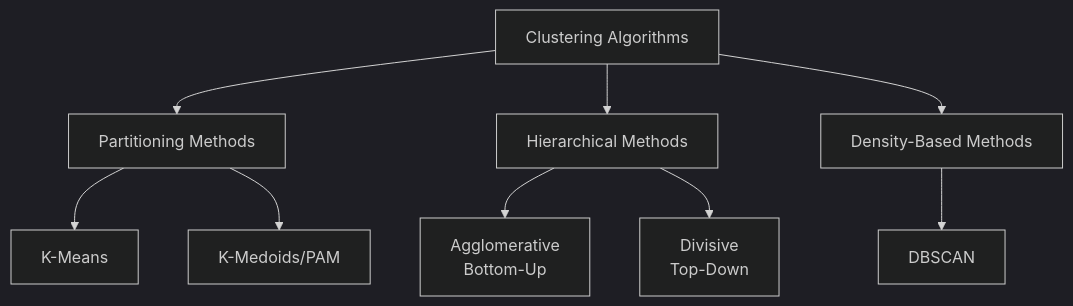
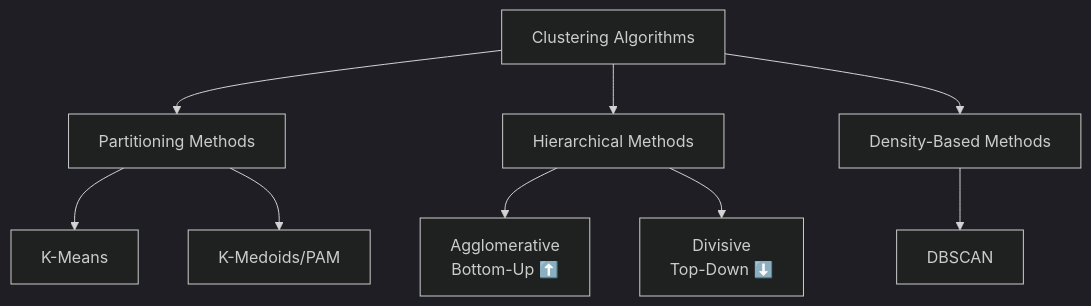
Before and after one commit to Swayam42/CollegeHub: the fifth of 9 diagrams in 6th-SEM/ML-2/ClassWorks/Ch-09_UnsupervisedLearning/Notes.md, drawn with Mermaid (dark theme). The commit also changed other lines of this file, not shown here.

````diff
--- a/6th-SEM/ML-2/ClassWorks/Ch-09_UnsupervisedLearning/Notes.md
+++ b/6th-SEM/ML-2/ClassWorks/Ch-09_UnsupervisedLearning/Notes.md
@@ -582,14 +550,14 @@
 ```mermaid
 flowchart TD
     A[Clustering Algorithms] --> B[Partitioning Methods]
     A --> C[Hierarchical Methods]
     A --> D[Density-Based Methods]
     
     B --> B1[K-Means]
     B --> B2[K-Medoids/PAM]
     
-    C --> C1[Agglomerative<br/>Bottom-Up]
-    C --> C2[Divisive<br/>Top-Down]
+    C --> C1[Agglomerative<br/>Bottom-Up ⬆️]
+    C --> C2[Divisive<br/>Top-Down ⬇️]
     
     D --> D1[DBSCAN]
 ```
````
